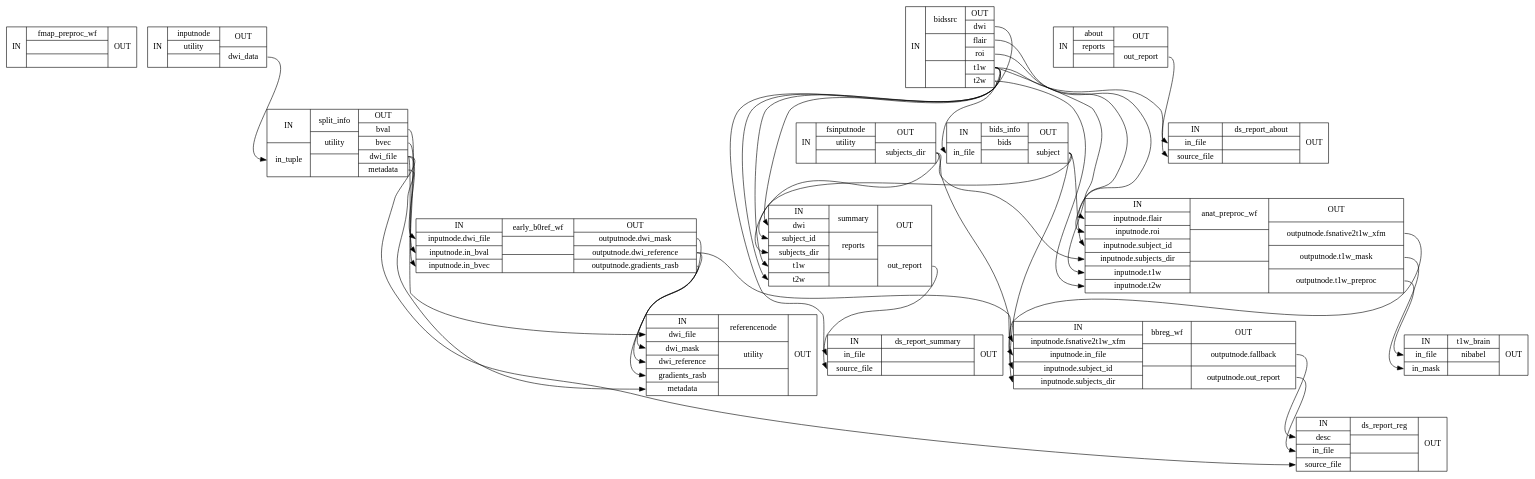
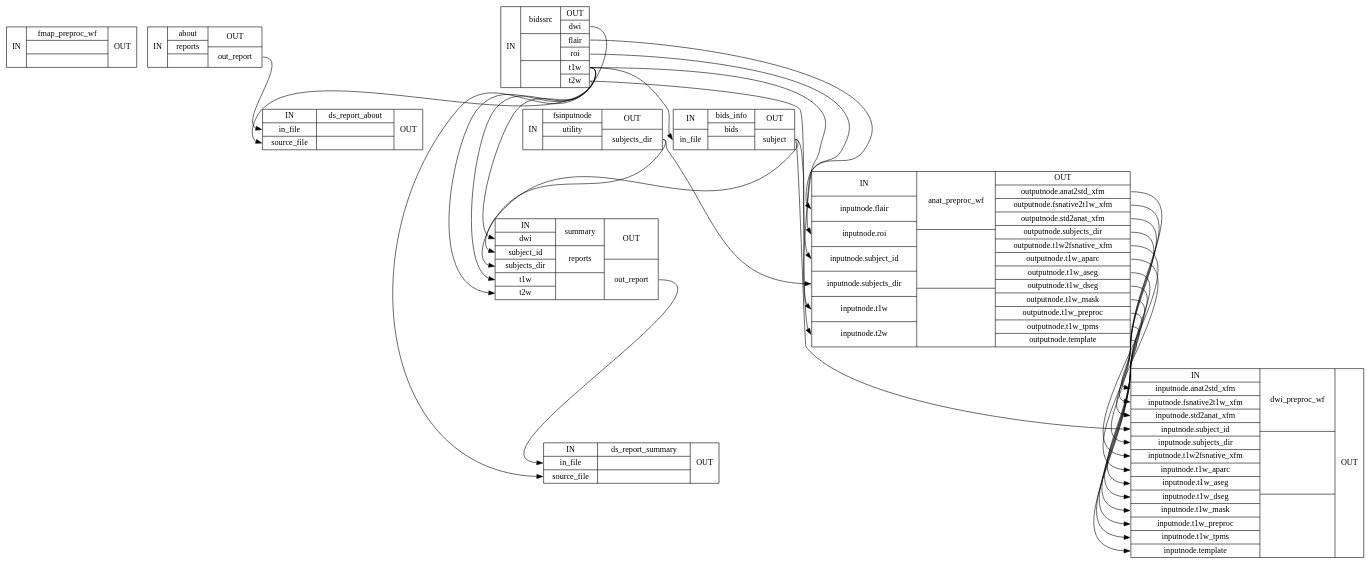
The diagram in wf_directive/api/single_subject_THP0005_wf/dmriprep-workflows-base-2_detailed.dot (nipreps/dmriprep), drawn with Graphviz before and after one commit. The commit also changed 382 other files, not shown here.

```diff
--- a/wf_directive/api/single_subject_THP0005_wf/dmriprep-workflows-base-2_detailed.dot
+++ b/wf_directive/api/single_subject_THP0005_wf/dmriprep-workflows-base-2_detailed.dot
@@ -1,53 +1,42 @@
 digraph structs {
 node [shape=record];
 single_subject_THP0005_wffmap_preproc_wf [label="{IN}|{ fmap_preproc_wf |  |  }|{OUT}"];
-single_subject_THP0005_wfinputnode [label="{IN}|{ inputnode | utility |  }|{OUT|<outdwidata> dwi_data}"];
-single_subject_THP0005_wfsplit_info [label="{IN|<inintuple> in_tuple}|{ split_info | utility |  }|{OUT|<outbval> bval|<outbvec> bvec|<outdwifile> dwi_file|<outmetadata> metadata}"];
-single_subject_THP0005_wfearly_b0ref_wf [label="{IN|<ininputnodedwifile> inputnode.dwi_file|<ininputnodeinbval> inputnode.in_bval|<ininputnodeinbvec> inputnode.in_bvec}|{ early_b0ref_wf |  |  }|{OUT|<outoutputnodedwimask> outputnode.dwi_mask|<outoutputnodedwireference> outputnode.dwi_reference|<outoutputnodegradientsrasb> outputnode.gradients_rasb}"];
-single_subject_THP0005_wfreferencenode [label="{IN|<indwifile> dwi_file|<indwimask> dwi_mask|<indwireference> dwi_reference|<ingradientsrasb> gradients_rasb|<inmetadata> metadata}|{ referencenode | utility |  }|{OUT}"];
 single_subject_THP0005_wfabout [label="{IN}|{ about | reports |  }|{OUT|<outoutreport> out_report}"];
 single_subject_THP0005_wfbidssrc [label="{IN}|{ bidssrc |  |  }|{OUT|<outdwi> dwi|<outflair> flair|<outroi> roi|<outt1w> t1w|<outt2w> t2w}"];
 single_subject_THP0005_wfds_report_about [label="{IN|<ininfile> in_file|<insourcefile> source_file}|{ ds_report_about |  |  }|{OUT}"];
 single_subject_THP0005_wfbids_info [label="{IN|<ininfile> in_file}|{ bids_info | bids |  }|{OUT|<outsubject> subject}"];
 single_subject_THP0005_wffsinputnode [label="{IN}|{ fsinputnode | utility |  }|{OUT|<outsubjectsdir> subjects_dir}"];
 single_subject_THP0005_wfsummary [label="{IN|<indwi> dwi|<insubjectid> subject_id|<insubjectsdir> subjects_dir|<int1w> t1w|<int2w> t2w}|{ summary | reports |  }|{OUT|<outoutreport> out_report}"];
 single_subject_THP0005_wfds_report_summary [label="{IN|<ininfile> in_file|<insourcefile> source_file}|{ ds_report_summary |  |  }|{OUT}"];
-single_subject_THP0005_wfanat_preproc_wf [label="{IN|<ininputnodeflair> inputnode.flair|<ininputnoderoi> inputnode.roi|<ininputnodesubjectid> inputnode.subject_id|<ininputnodesubjectsdir> inputnode.subjects_dir|<ininputnodet1w> inputnode.t1w|<ininputnodet2w> inputnode.t2w}|{ anat_preproc_wf |  |  }|{OUT|<outoutputnodefsnative2t1wxfm> outputnode.fsnative2t1w_xfm|<outoutputnodet1wmask> outputnode.t1w_mask|<outoutputnodet1wpreproc> outputnode.t1w_preproc}"];
-single_subject_THP0005_wfbbreg_wf [label="{IN|<ininputnodefsnative2t1wxfm> inputnode.fsnative2t1w_xfm|<ininputnodeinfile> inputnode.in_file|<ininputnodesubjectid> inputnode.subject_id|<ininputnodesubjectsdir> inputnode.subjects_dir}|{ bbreg_wf |  |  }|{OUT|<outoutputnodefallback> outputnode.fallback|<outoutputnodeoutreport> outputnode.out_report}"];
-single_subject_THP0005_wfds_report_reg [label="{IN|<indesc> desc|<ininfile> in_file|<insourcefile> source_file}|{ ds_report_reg |  |  }|{OUT}"];
-single_subject_THP0005_wft1w_brain [label="{IN|<ininfile> in_file|<ininmask> in_mask}|{ t1w_brain | nibabel |  }|{OUT}"];
+single_subject_THP0005_wfanat_preproc_wf [label="{IN|<ininputnodeflair> inputnode.flair|<ininputnoderoi> inputnode.roi|<ininputnodesubjectid> inputnode.subject_id|<ininputnodesubjectsdir> inputnode.subjects_dir|<ininputnodet1w> inputnode.t1w|<ininputnodet2w> inputnode.t2w}|{ anat_preproc_wf |  |  }|{OUT|<outoutputnodeanat2stdxfm> outputnode.anat2std_xfm|<outoutputnodefsnative2t1wxfm> outputnode.fsnative2t1w_xfm|<outoutputnodestd2anatxfm> outputnode.std2anat_xfm|<outoutputnodesubjectsdir> outputnode.subjects_dir|<outoutputnodet1w2fsnativexfm> outputnode.t1w2fsnative_xfm|<outoutputnodet1waparc> outputnode.t1w_aparc|<outoutputnodet1waseg> outputnode.t1w_aseg|<outoutputnodet1wdseg> outputnode.t1w_dseg|<outoutputnodet1wmask> outputnode.t1w_mask|<outoutputnodet1wpreproc> outputnode.t1w_preproc|<outoutputnodet1wtpms> outputnode.t1w_tpms|<outoutputnodetemplate> outputnode.template}"];
+single_subject_THP0005_wfdwi_preproc_wf [label="{IN|<ininputnodeanat2stdxfm> inputnode.anat2std_xfm|<ininputnodefsnative2t1wxfm> inputnode.fsnative2t1w_xfm|<ininputnodestd2anatxfm> inputnode.std2anat_xfm|<ininputnodesubjectid> inputnode.subject_id|<ininputnodesubjectsdir> inputnode.subjects_dir|<ininputnodet1w2fsnativexfm> inputnode.t1w2fsnative_xfm|<ininputnodet1waparc> inputnode.t1w_aparc|<ininputnodet1waseg> inputnode.t1w_aseg|<ininputnodet1wdseg> inputnode.t1w_dseg|<ininputnodet1wmask> inputnode.t1w_mask|<ininputnodet1wpreproc> inputnode.t1w_preproc|<ininputnodet1wtpms> inputnode.t1w_tpms|<ininputnodetemplate> inputnode.template}|{ dwi_preproc_wf |  |  }|{OUT}"];
 single_subject_THP0005_wfabout:outoutreport:e -> single_subject_THP0005_wfds_report_about:ininfile:w;
-single_subject_THP0005_wfanat_preproc_wf:outoutputnodefsnative2t1wxfm:e -> single_subject_THP0005_wfbbreg_wf:ininputnodefsnative2t1wxfm:w;
-single_subject_THP0005_wfanat_preproc_wf:outoutputnodet1wmask:e -> single_subject_THP0005_wft1w_brain:ininmask:w;
-single_subject_THP0005_wfanat_preproc_wf:outoutputnodet1wpreproc:e -> single_subject_THP0005_wft1w_brain:ininfile:w;
-single_subject_THP0005_wfbbreg_wf:outoutputnodefallback:e -> single_subject_THP0005_wfds_report_reg:indesc:w;
-single_subject_THP0005_wfbbreg_wf:outoutputnodeoutreport:e -> single_subject_THP0005_wfds_report_reg:ininfile:w;
+single_subject_THP0005_wfanat_preproc_wf:outoutputnodeanat2stdxfm:e -> single_subject_THP0005_wfdwi_preproc_wf:ininputnodeanat2stdxfm:w;
+single_subject_THP0005_wfanat_preproc_wf:outoutputnodefsnative2t1wxfm:e -> single_subject_THP0005_wfdwi_preproc_wf:ininputnodefsnative2t1wxfm:w;
+single_subject_THP0005_wfanat_preproc_wf:outoutputnodestd2anatxfm:e -> single_subject_THP0005_wfdwi_preproc_wf:ininputnodestd2anatxfm:w;
+single_subject_THP0005_wfanat_preproc_wf:outoutputnodesubjectsdir:e -> single_subject_THP0005_wfdwi_preproc_wf:ininputnodesubjectsdir:w;
+single_subject_THP0005_wfanat_preproc_wf:outoutputnodet1w2fsnativexfm:e -> single_subject_THP0005_wfdwi_preproc_wf:ininputnodet1w2fsnativexfm:w;
+single_subject_THP0005_wfanat_preproc_wf:outoutputnodet1waparc:e -> single_subject_THP0005_wfdwi_preproc_wf:ininputnodet1waparc:w;
+single_subject_THP0005_wfanat_preproc_wf:outoutputnodet1waseg:e -> single_subject_THP0005_wfdwi_preproc_wf:ininputnodet1waseg:w;
+single_subject_THP0005_wfanat_preproc_wf:outoutputnodet1wdseg:e -> single_subject_THP0005_wfdwi_preproc_wf:ininputnodet1wdseg:w;
+single_subject_THP0005_wfanat_preproc_wf:outoutputnodet1wmask:e -> single_subject_THP0005_wfdwi_preproc_wf:ininputnodet1wmask:w;
+single_subject_THP0005_wfanat_preproc_wf:outoutputnodet1wpreproc:e -> single_subject_THP0005_wfdwi_preproc_wf:ininputnodet1wpreproc:w;
+single_subject_THP0005_wfanat_preproc_wf:outoutputnodet1wtpms:e -> single_subject_THP0005_wfdwi_preproc_wf:ininputnodet1wtpms:w;
+single_subject_THP0005_wfanat_preproc_wf:outoutputnodetemplate:e -> single_subject_THP0005_wfdwi_preproc_wf:ininputnodetemplate:w;
 single_subject_THP0005_wfbids_info:outsubject:e -> single_subject_THP0005_wfanat_preproc_wf:ininputnodesubjectid:w;
-single_subject_THP0005_wfbids_info:outsubject:e -> single_subject_THP0005_wfbbreg_wf:ininputnodesubjectid:w;
+single_subject_THP0005_wfbids_info:outsubject:e -> single_subject_THP0005_wfdwi_preproc_wf:ininputnodesubjectid:w;
 single_subject_THP0005_wfbids_info:outsubject:e -> single_subject_THP0005_wfsummary:insubjectid:w;
 single_subject_THP0005_wfbidssrc:outdwi:e -> single_subject_THP0005_wfsummary:indwi:w;
 single_subject_THP0005_wfbidssrc:outflair:e -> single_subject_THP0005_wfanat_preproc_wf:ininputnodeflair:w;
 single_subject_THP0005_wfbidssrc:outroi:e -> single_subject_THP0005_wfanat_preproc_wf:ininputnoderoi:w;
 single_subject_THP0005_wfbidssrc:outt1w:e -> single_subject_THP0005_wfanat_preproc_wf:ininputnodet1w:w;
 single_subject_THP0005_wfbidssrc:outt1w:e -> single_subject_THP0005_wfbids_info:ininfile:w;
 single_subject_THP0005_wfbidssrc:outt1w:e -> single_subject_THP0005_wfds_report_about:insourcefile:w;
 single_subject_THP0005_wfbidssrc:outt1w:e -> single_subject_THP0005_wfds_report_summary:insourcefile:w;
 single_subject_THP0005_wfbidssrc:outt1w:e -> single_subject_THP0005_wfsummary:int1w:w;
 single_subject_THP0005_wfbidssrc:outt2w:e -> single_subject_THP0005_wfanat_preproc_wf:ininputnodet2w:w;
 single_subject_THP0005_wfbidssrc:outt2w:e -> single_subject_THP0005_wfsummary:int2w:w;
-single_subject_THP0005_wfearly_b0ref_wf:outoutputnodedwimask:e -> single_subject_THP0005_wfreferencenode:indwimask:w;
-single_subject_THP0005_wfearly_b0ref_wf:outoutputnodedwireference:e -> single_subject_THP0005_wfbbreg_wf:ininputnodeinfile:w;
-single_subject_THP0005_wfearly_b0ref_wf:outoutputnodedwireference:e -> single_subject_THP0005_wfreferencenode:indwireference:w;
-single_subject_THP0005_wfearly_b0ref_wf:outoutputnodegradientsrasb:e -> single_subject_THP0005_wfreferencenode:ingradientsrasb:w;
 single_subject_THP0005_wffsinputnode:outsubjectsdir:e -> single_subject_THP0005_wfanat_preproc_wf:ininputnodesubjectsdir:w;
-single_subject_THP0005_wffsinputnode:outsubjectsdir:e -> single_subject_THP0005_wfbbreg_wf:ininputnodesubjectsdir:w;
 single_subject_THP0005_wffsinputnode:outsubjectsdir:e -> single_subject_THP0005_wfsummary:insubjectsdir:w;
-single_subject_THP0005_wfinputnode:outdwidata:e -> single_subject_THP0005_wfsplit_info:inintuple:w;
-single_subject_THP0005_wfsplit_info:outbval:e -> single_subject_THP0005_wfearly_b0ref_wf:ininputnodeinbval:w;
-single_subject_THP0005_wfsplit_info:outbvec:e -> single_subject_THP0005_wfearly_b0ref_wf:ininputnodeinbvec:w;
-single_subject_THP0005_wfsplit_info:outdwifile:e -> single_subject_THP0005_wfds_report_reg:insourcefile:w;
-single_subject_THP0005_wfsplit_info:outdwifile:e -> single_subject_THP0005_wfearly_b0ref_wf:ininputnodedwifile:w;
-single_subject_THP0005_wfsplit_info:outdwifile:e -> single_subject_THP0005_wfreferencenode:indwifile:w;
-single_subject_THP0005_wfsplit_info:outmetadata:e -> single_subject_THP0005_wfreferencenode:inmetadata:w;
 single_subject_THP0005_wfsummary:outoutreport:e -> single_subject_THP0005_wfds_report_summary:ininfile:w;
 }
```
